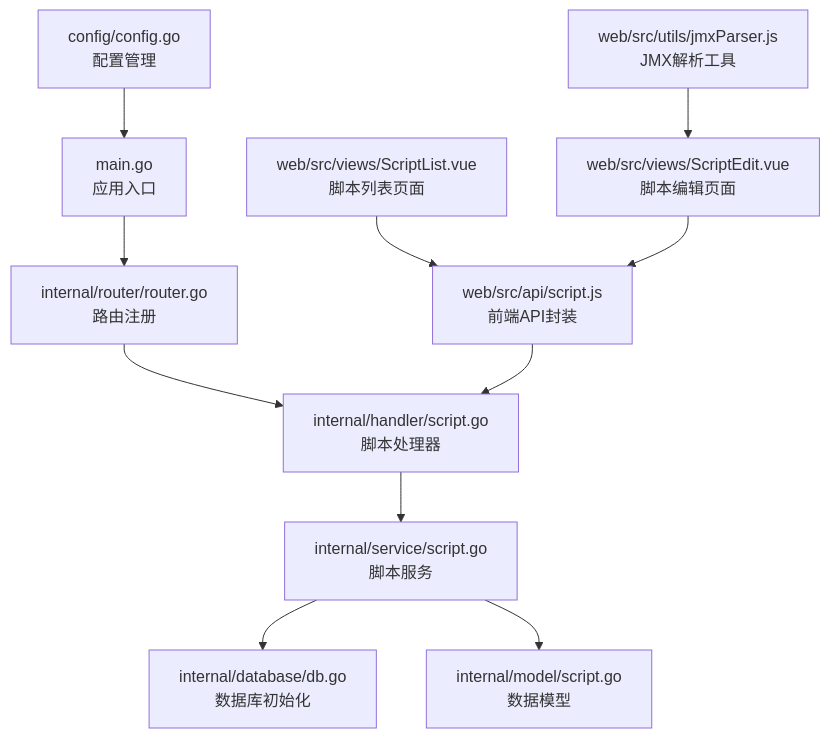
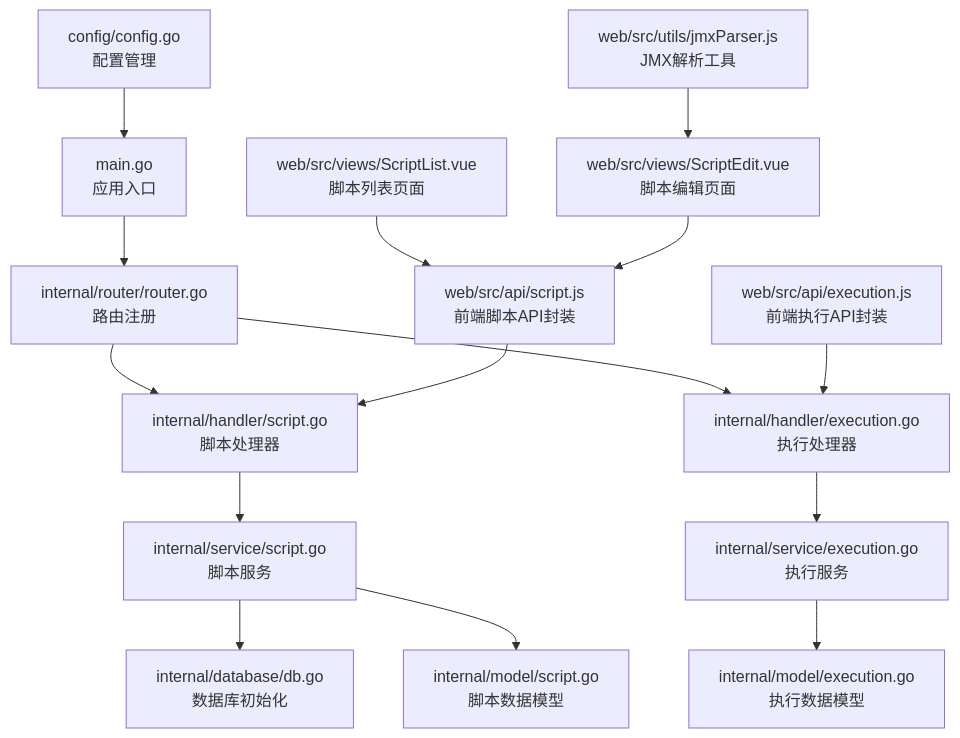
One commit to Liyuhao02/Jmeter-Admin changed the first of 9 diagrams in .qoder/repowiki/zh/content/核心业务模块/脚本管理系统/脚本管理系统.md. Above: the diagram before and after it, drawn with Mermaid. The commit also changed other lines of this file and 6 other files, not shown here.

````diff
--- a/.qoder/repowiki/zh/content/核心业务模块/脚本管理系统/脚本管理系统.md
+++ b/.qoder/repowiki/zh/content/核心业务模块/脚本管理系统/脚本管理系统.md
@@ -38,13 +44,17 @@
 ```mermaid
 graph TB
 A["main.go<br/>应用入口"] --> B["internal/router/router.go<br/>路由注册"]
 B --> C["internal/handler/script.go<br/>脚本处理器"]
-C --> D["internal/service/script.go<br/>脚本服务"]
-D --> E["internal/database/db.go<br/>数据库初始化"]
-D --> F["internal/model/script.go<br/>数据模型"]
-G["config/config.go<br/>配置管理"] --> A
-H["web/src/api/script.js<br/>前端API封装"] --> C
-I["web/src/views/ScriptList.vue<br/>脚本列表页面"] --> H
-J["web/src/views/ScriptEdit.vue<br/>脚本编辑页面"] --> H
-K["web/src/utils/jmxParser.js<br/>JMX解析工具"] --> J
+B --> D["internal/handler/execution.go<br/>执行处理器"]
+C --> E["internal/service/script.go<br/>脚本服务"]
+D --> F["internal/service/execution.go<br/>执行服务"]
+E --> G["internal/database/db.go<br/>数据库初始化"]
+E --> H["internal/model/script.go<br/>脚本数据模型"]
+F --> I["internal/model/execution.go<br/>执行数据模型"]
+J["config/config.go<br/>配置管理"] --> A
+K["web/src/api/script.js<br/>前端脚本API封装"] --> C
+L["web/src/api/execution.js<br/>前端执行API封装"] --> D
+M["web/src/views/ScriptList.vue<br/>脚本列表页面"] --> K
+N["web/src/views/ScriptEdit.vue<br/>脚本编辑页面"] --> K
+O["web/src/utils/jmxParser.js<br/>JMX解析工具"] --> N
 ```
````
